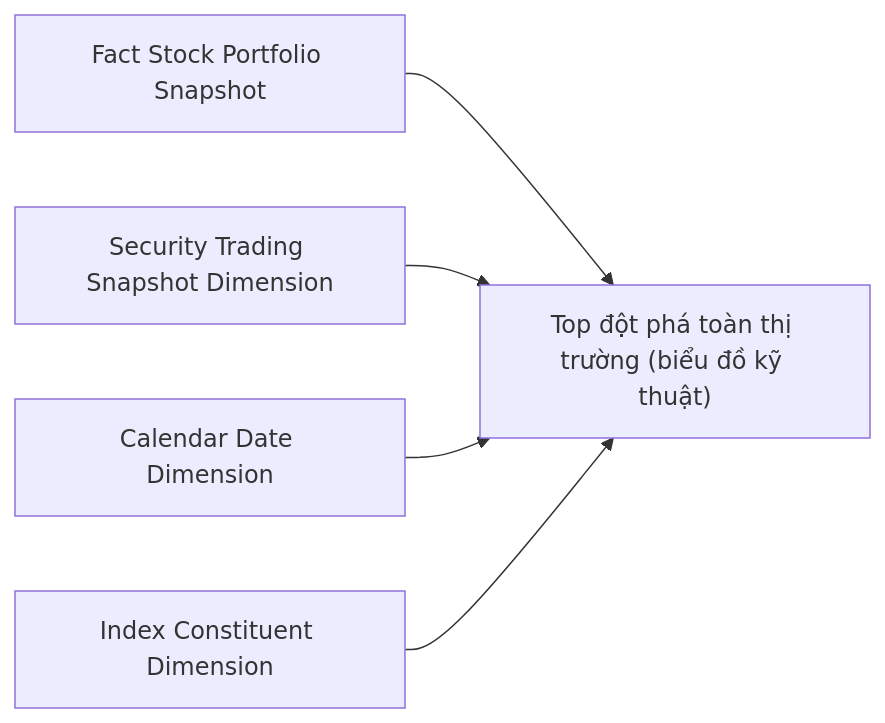
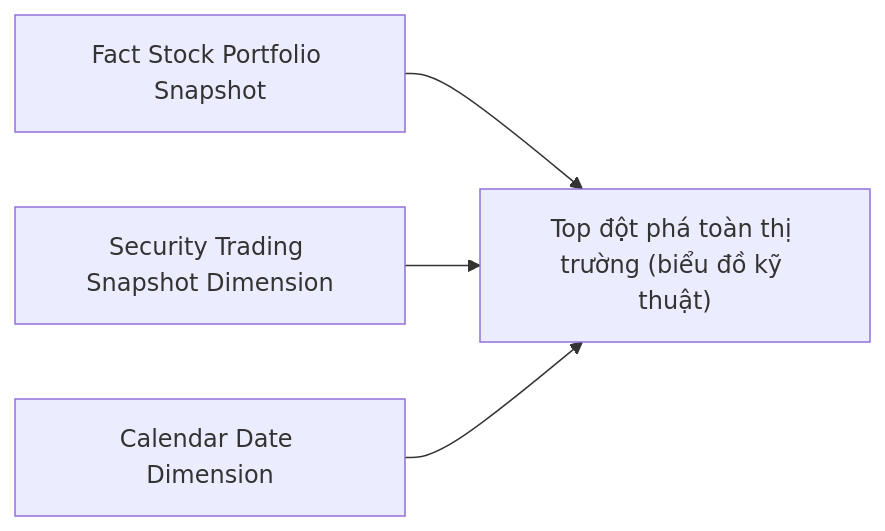
Before and after one commit to linhlvit/ubck_atomic_design: diagram 18 of 57 in Datamart/hld/DTM_GSTT_HLD.md, drawn with Mermaid. The commit also changed other lines of this file and 21 other files, not shown here.

````diff
--- a/Datamart/hld/DTM_GSTT_HLD.md
+++ b/Datamart/hld/DTM_GSTT_HLD.md
@@ -879,7 +914,6 @@
 ```mermaid
 flowchart LR
     F1["Fact Stock Portfolio Snapshot"] --> RPT12["Top đột phá toàn thị trường (biểu đồ kỹ thuật)"]
     D1["Security Trading Snapshot Dimension"] --> RPT12
     D3["Calendar Date Dimension"] --> RPT12
-    D4["Index Constituent Dimension"] --> RPT12
 ```
````
